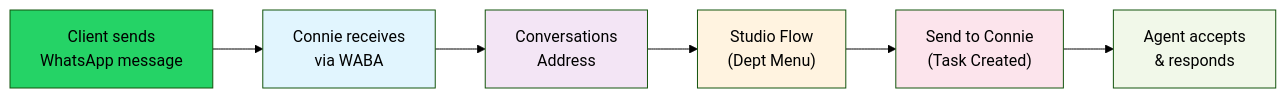
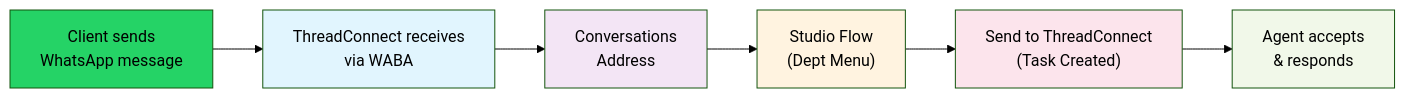
One commit to ConnieML/docs.connie changed the first of 2 diagrams in docs/end-users/administrators/channels/social-media/whatsapp/index.md. Above: the diagram before and after it, drawn with Mermaid (forest theme). The commit also changed other lines of this file and 139 other files, not shown here.

First line of the commit message:
Rebrand body text: Connie -> ThreadConnect across docs (CEO order 2026-10-30)

````diff
--- a/docs/end-users/administrators/channels/social-media/whatsapp/index.md
+++ b/docs/end-users/administrators/channels/social-media/whatsapp/index.md
@@ -17,15 +17,15 @@
 ```mermaid
 flowchart LR
-    A["Client sends\nWhatsApp message"] --> B["Connie receives\nvia WABA"]
+    A["Client sends\nWhatsApp message"] --> B["ThreadConnect receives\nvia WABA"]
     B --> C["Conversations\nAddress"]
     C --> D["Studio Flow\n(Dept Menu)"]
-    D --> E["Send to Connie\n(Task Created)"]
+    D --> E["Send to ThreadConnect\n(Task Created)"]
     E --> F["Agent accepts\n& responds"]
 
     style A fill:#25D366
     style B fill:#e1f5fe
     style C fill:#f3e5f5
     style D fill:#fff3e0
     style E fill:#fce4ec
     style F fill:#f1f8e9
 ```
````
